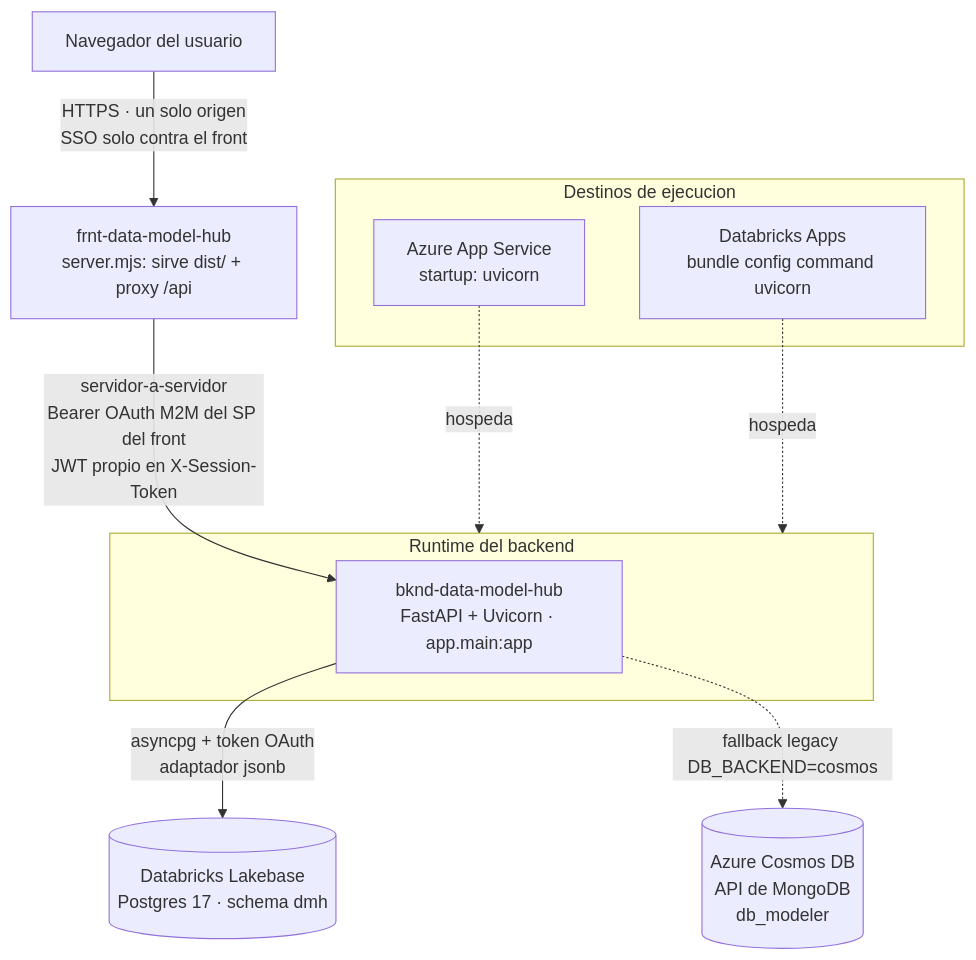
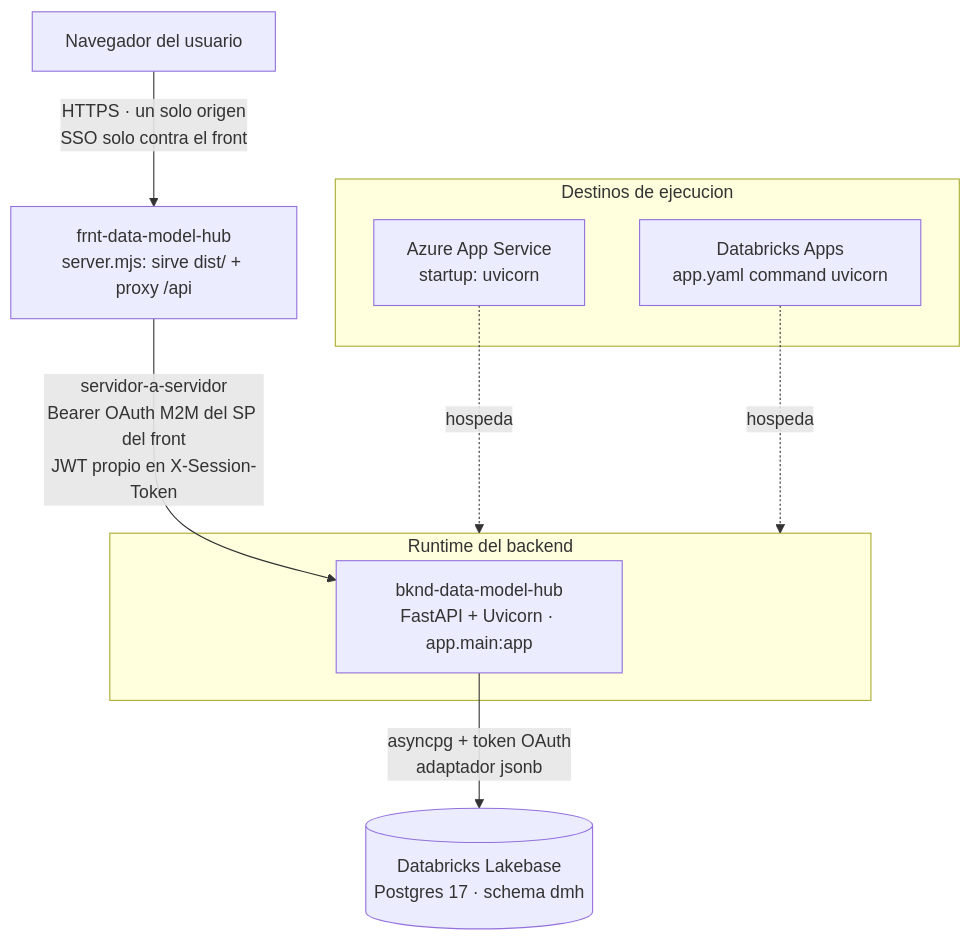
Before and after one commit to Carlosmps97/backend-data-model-hub: the first of 4 diagrams in doc/despliegue.md, drawn with Mermaid. The commit also changed other lines of this file and 20 other files, not shown here.

````diff
--- a/doc/despliegue.md
+++ b/doc/despliegue.md
@@ -41,20 +41,19 @@
 ```mermaid
 flowchart TD
     NAV["Navegador del usuario"] -->|"HTTPS · un solo origen<br/>SSO solo contra el front"| FR["frnt-data-model-hub<br/>server.mjs: sirve dist/ + proxy /api"]
     FR -->|"servidor-a-servidor<br/>Bearer OAuth M2M del SP del front<br/>JWT propio en X-Session-Token"| BK
 
     subgraph RUNTIME["Runtime del backend"]
       BK["bknd-data-model-hub<br/>FastAPI + Uvicorn · app.main:app"]
     end
 
     BK -->|"asyncpg + token OAuth<br/>adaptador jsonb"| LB[("Databricks Lakebase<br/>Postgres 17 · schema dmh")]
-    BK -.->|"fallback legacy DB_BACKEND=cosmos"| COSMOS[("Azure Cosmos DB<br/>API de MongoDB<br/>db_modeler")]
 
     subgraph OPCIONES["Destinos de ejecucion"]
       A["Azure App Service<br/>startup: uvicorn"]
-      D["Databricks Apps<br/>bundle config command uvicorn"]
+      D["Databricks Apps<br/>app.yaml command uvicorn"]
     end
 
     A -.->|hospeda| RUNTIME
     D -.->|hospeda| RUNTIME
 ```
````
